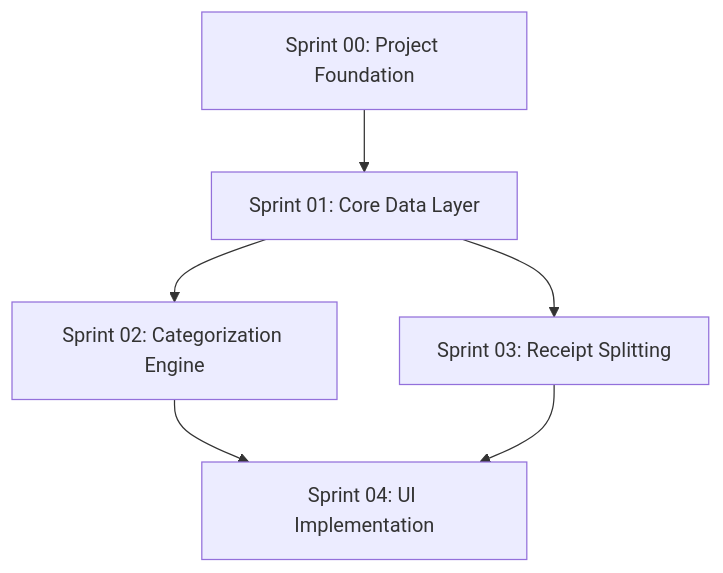
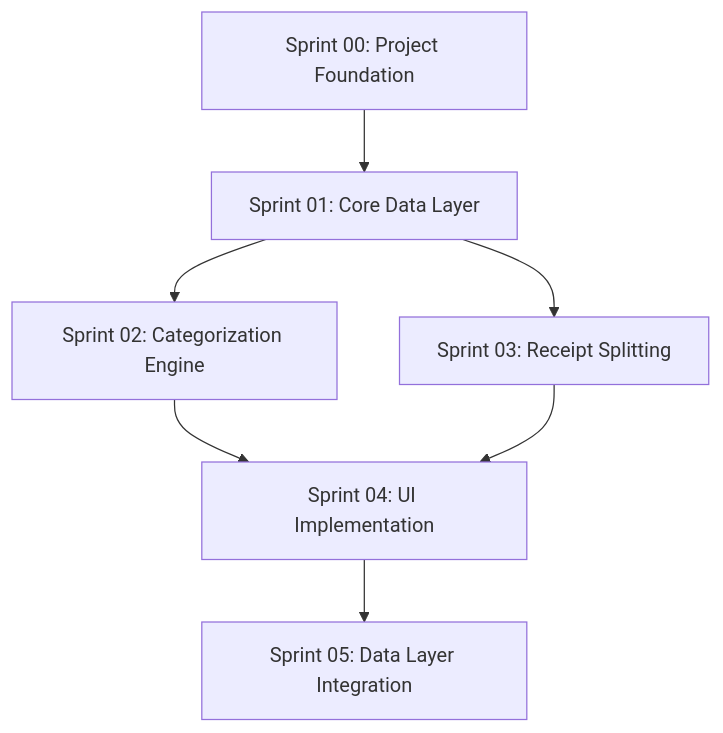
The diagram in docs/implementation-plan/README.md (BrooklynD23/SelfCFO), drawn with Mermaid before and after one commit. The commit also changed other lines of this file and 3 other files, not shown here.

````diff
--- a/docs/implementation-plan/README.md
+++ b/docs/implementation-plan/README.md
@@ -80,8 +89,9 @@
 ```mermaid
 graph TD
     S00[Sprint 00: Project Foundation] --> S01[Sprint 01: Core Data Layer]
     S01 --> S02[Sprint 02: Categorization Engine]
     S01 --> S03[Sprint 03: Receipt Splitting]
     S02 --> S04[Sprint 04: UI Implementation]
     S03 --> S04
+    S04 --> S05[Sprint 05: Data Layer Integration]
 ```
````
